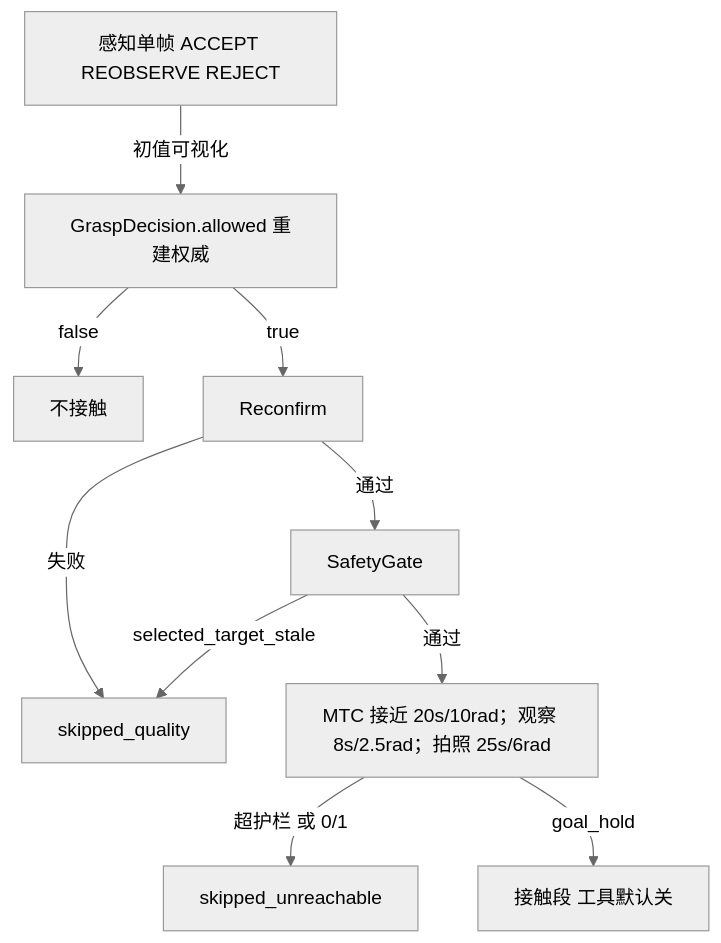
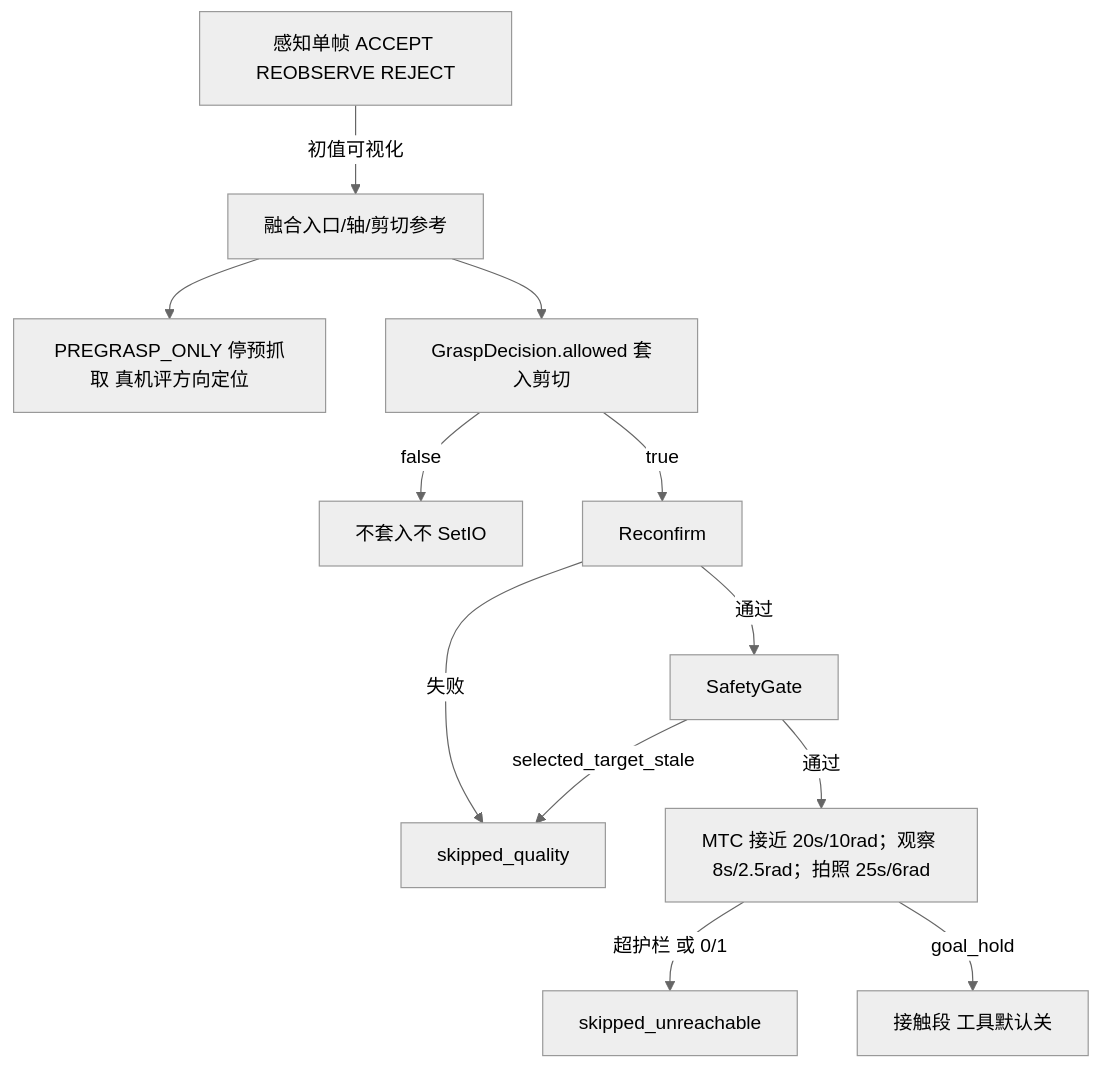
One commit to MUHAN11-c/aubo_boot changed the fourth of 5 diagrams in docs/architecture.md. Above: the diagram before and after it, drawn with Mermaid (neutral theme). The commit also changed other lines of this file and 189 other files, not shown here.

First line of the commit message:
chore: 暂存 PREGRASP_ONLY 真机与袋轴/重建修复快照并备份到 Gitee

````diff
--- a/docs/architecture.md
+++ b/docs/architecture.md
@@ -486,17 +496,20 @@
 ```mermaid
 flowchart TB
   p3["感知单帧 ACCEPT REOBSERVE REJECT"]
-  gd["GraspDecision.allowed 重建权威"]
+  geom["融合入口/轴/剪切参考"]
+  gd["GraspDecision.allowed 套入剪切"]
   rc["Reconfirm"]
   sg["SafetyGate"]
   mtc["MTC 接近 20s/10rad；观察 8s/2.5rad；拍照 25s/6rad"]
-  p3 -->|"初值可视化"| gd
-  gd -->|false| skip0["不接触"]
+  p3 -->|"初值可视化"| geom
+  geom --> pre["PREGRASP_ONLY 停预抓取 真机评方向定位"]
+  geom --> gd
+  gd -->|false| skip0["不套入不 SetIO"]
   gd -->|true| rc
   rc -->|失败| skipQ["skipped_quality"]
   rc -->|通过| sg
   sg -->|selected_target_stale| skipQ
   sg -->|通过| mtc
   mtc -->|超护栏 或 0/1| skipU["skipped_unreachable"]
   mtc -->|goal_hold| contact["接触段 工具默认关"]
 ```
````
